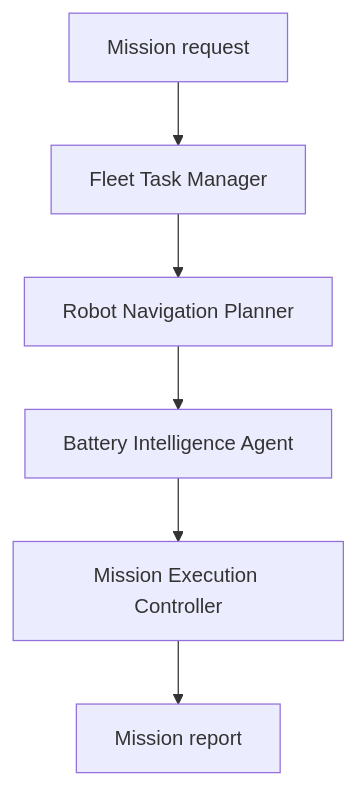
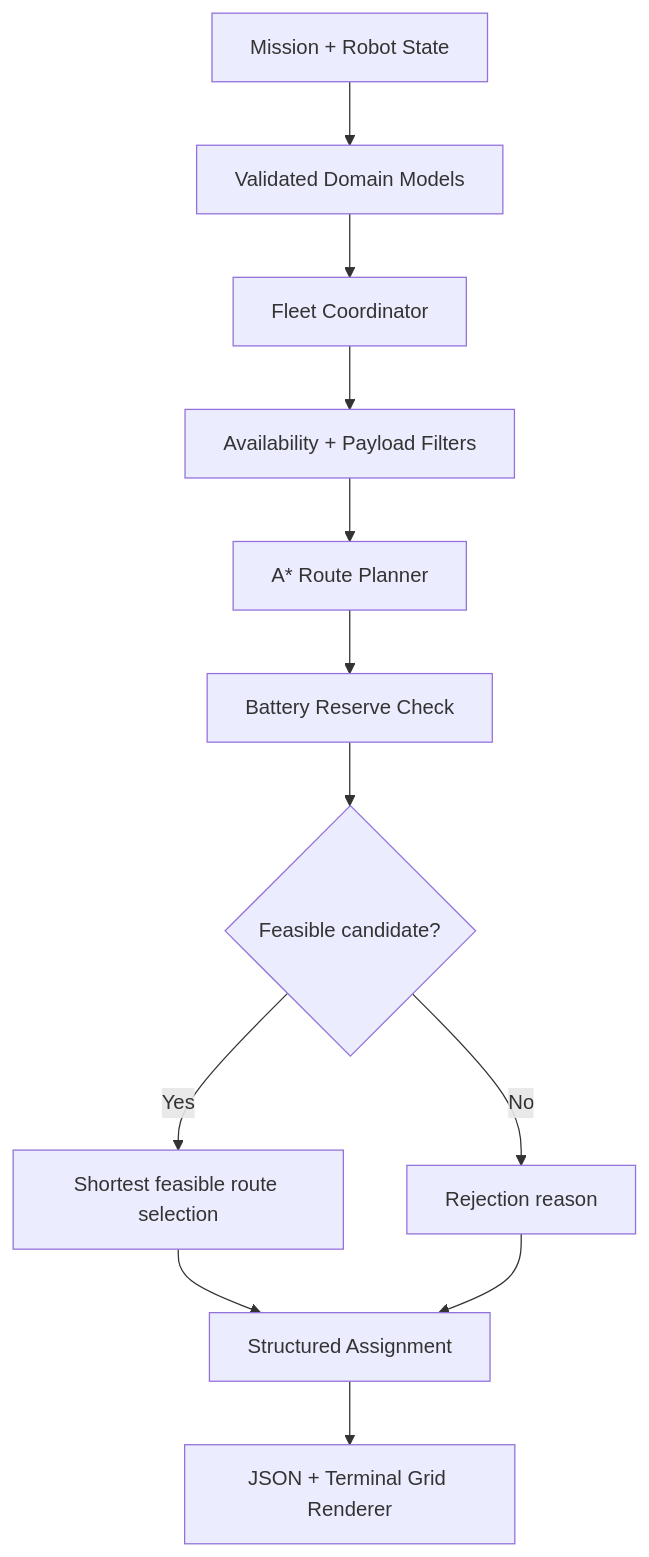
The diagram in README.md (sunny-shrivas/ai-robot-fleet-coordinator), drawn with Mermaid before and after one commit. The commit also changed other lines of this file and 1 other file, not shown here.

Commit message:
Add recruiter-ready README and fleet architecture diagram

````diff
--- a/README.md
+++ b/README.md
@@ -24,8 +47,14 @@
 ```mermaid
 flowchart TD
-    U[Mission request] --> T[Fleet Task Manager]
-    T --> P[Robot Navigation Planner]
-    P --> B[Battery Intelligence Agent]
-    B --> E[Mission Execution Controller]
-    E --> R[Mission report]
+    I[Mission + Robot State] --> V[Validated Domain Models]
+    V --> C[Fleet Coordinator]
+    C --> F[Availability + Payload Filters]
+    F --> A[A* Route Planner]
+    A --> B[Battery Reserve Check]
+    B --> D{Feasible candidate?}
+    D -->|No| X[Rejection reason]
+    D -->|Yes| S[Shortest feasible route selection]
+    S --> O[Structured Assignment]
+    X --> O
+    O --> R[JSON + Terminal Grid Renderer]
 ```
````
